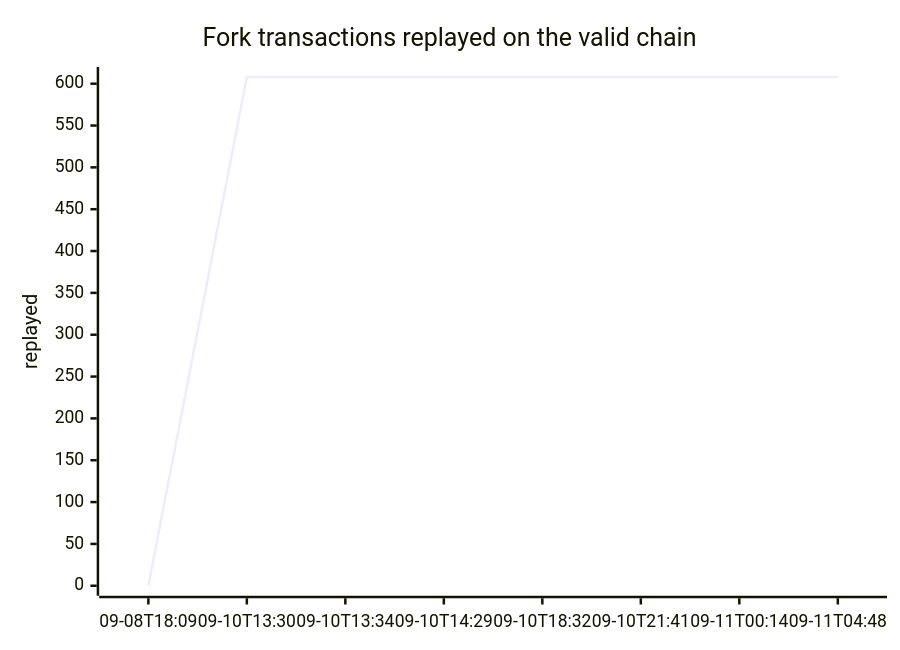
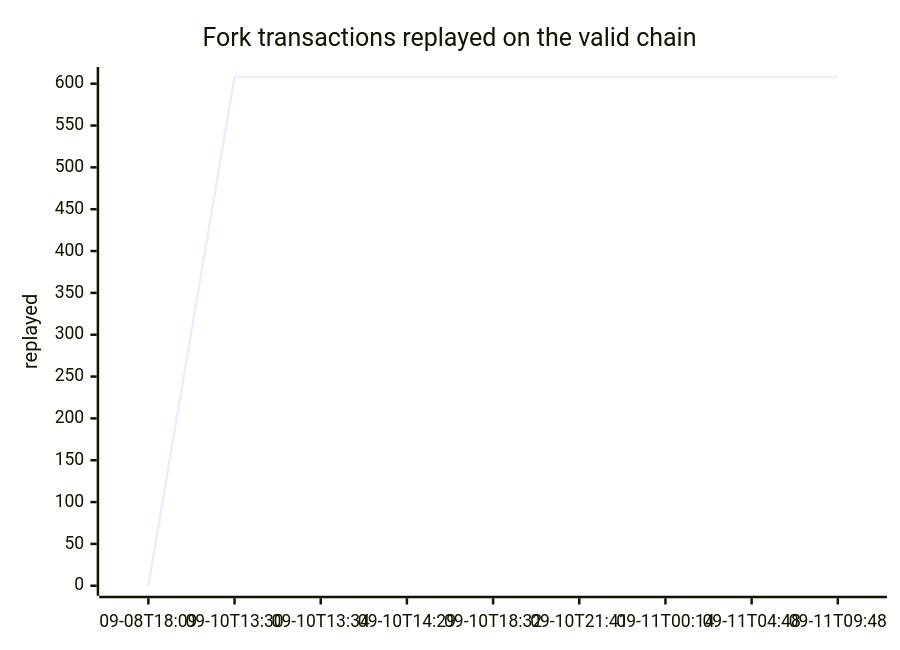
Before and after one commit to orangesurf/liquid-transaction-replay-monitor: the first of 2 diagrams in README.md, drawn with Mermaid. The commit also changed other lines of this file and 2 other files, not shown here.

````diff
--- a/README.md
+++ b/README.md
@@ -24,7 +24,7 @@
 ```mermaid
 xychart-beta
     title "Fork transactions replayed on the valid chain"
-    x-axis ["09-08T18:09", "09-10T13:30", "09-10T13:34", "09-10T14:29", "09-10T18:32", "09-10T21:41", "09-11T00:14", "09-11T04:48"]
+    x-axis ["09-08T18:09", "09-10T13:30", "09-10T13:34", "09-10T14:29", "09-10T18:32", "09-10T21:41", "09-11T00:14", "09-11T04:48", "09-11T09:48"]
     y-axis "replayed" 0 --> 608
-    line [0, 608, 608, 608, 608, 608, 608, 608]
+    line [0, 608, 608, 608, 608, 608, 608, 608, 608]
 ```
````
